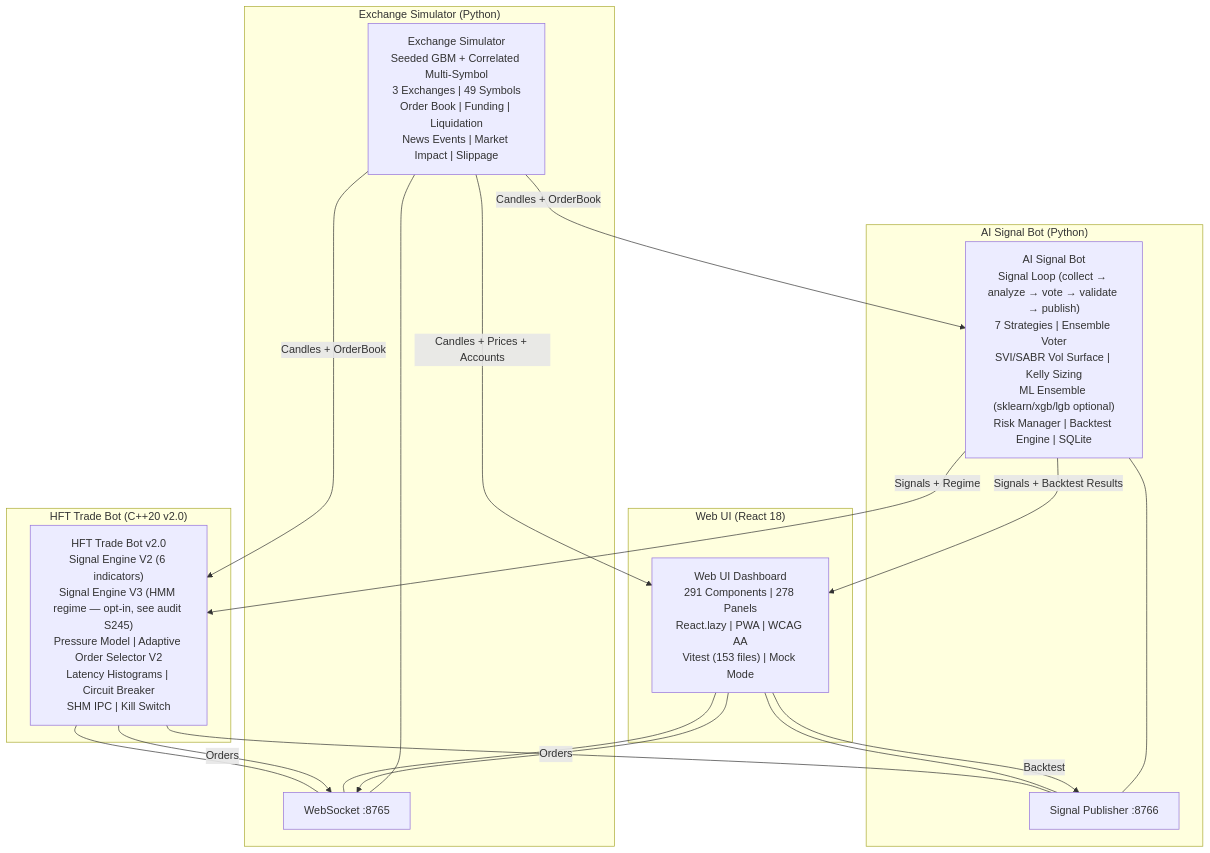
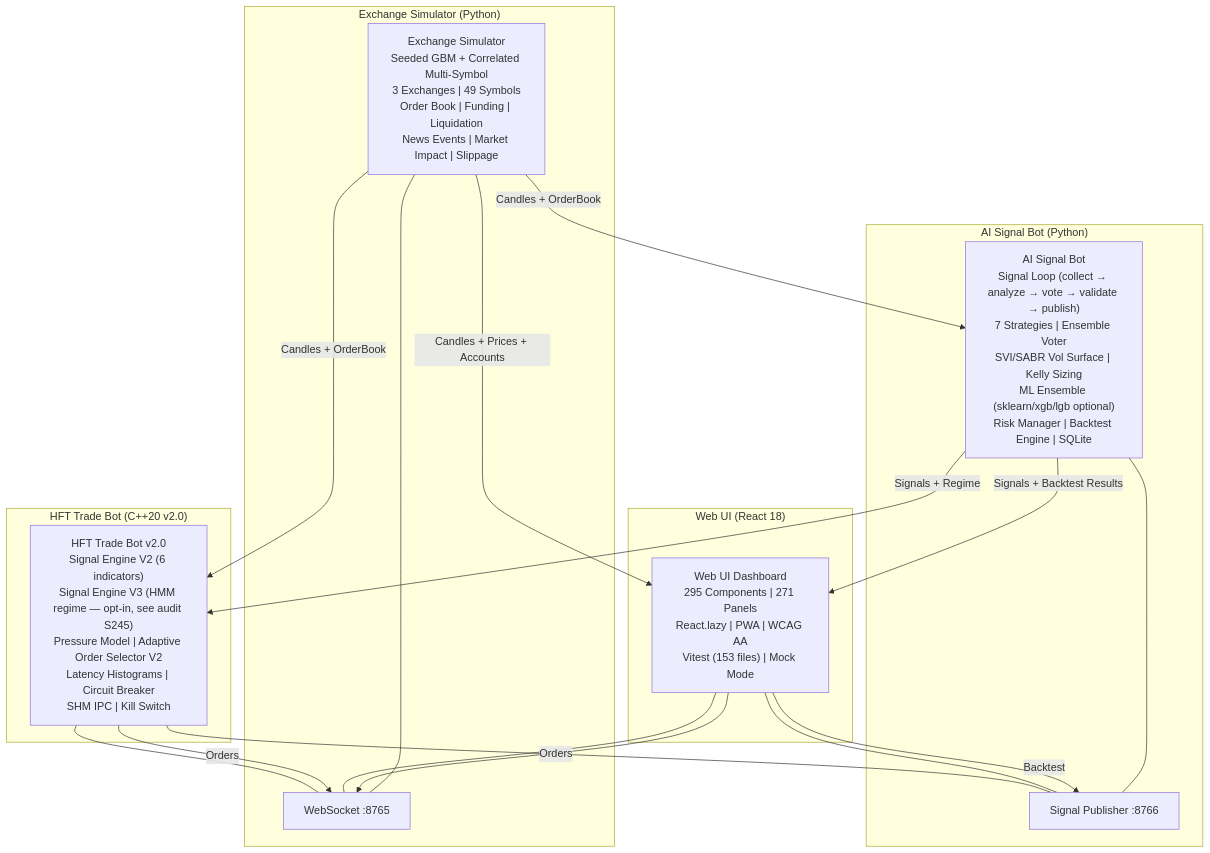
One commit to ezpectus/HFT-trading-simulator changed the first of 2 diagrams in docs/ARCHITECTURE.md. Above: the diagram before and after it, drawn with Mermaid. The commit also changed other lines of this file and 12 other files, not shown here.

````diff
--- a/docs/ARCHITECTURE.md
+++ b/docs/ARCHITECTURE.md
@@ -71,35 +71,35 @@
 ```mermaid
 graph TB
     subgraph "Exchange Simulator (Python)"
         ES["Exchange Simulator<br/>Seeded GBM + Correlated Multi-Symbol<br/>3 Exchanges | 49 Symbols<br/>Order Book | Funding | Liquidation<br/>News Events | Market Impact | Slippage"]
         WS8765[WebSocket :8765]
         WS8765 --- ES
     end
 
     subgraph "AI Signal Bot (Python)"
         AI["AI Signal Bot<br/>Signal Loop (collect → analyze → vote → validate → publish)<br/>7 Strategies | Ensemble Voter<br/>SVI/SABR Vol Surface | Kelly Sizing<br/>ML Ensemble (sklearn/xgb/lgb optional)<br/>Risk Manager | Backtest Engine | SQLite"]
         WS8766[Signal Publisher :8766]
         WS8766 --- AI
     end
 
     subgraph "HFT Trade Bot (C++20 v2.0)"
         HFT["HFT Trade Bot v2.0<br/>Signal Engine V2 (6 indicators)<br/>Signal Engine V3 (HMM regime — opt-in, see audit S245)<br/>Pressure Model | Adaptive Order Selector V2<br/>Latency Histograms | Circuit Breaker<br/>SHM IPC | Kill Switch"]
         HFT --- WS8765
         HFT --- WS8766
         HFT -->|Orders| WS8765
     end
 
     subgraph "Web UI (React 18)"
-        UI["Web UI Dashboard<br/>291 Components | 278 Panels<br/>React.lazy | PWA | WCAG AA<br/>Vitest (153 files) | Mock Mode"]
+        UI["Web UI Dashboard<br/>295 Components | 271 Panels<br/>React.lazy | PWA | WCAG AA<br/>Vitest (153 files) | Mock Mode"]
         UI --- WS8765
         UI --- WS8766
         UI -->|Orders| WS8765
         UI -->|Backtest| WS8766
     end
 
     ES -->|Candles + OrderBook| AI
     ES -->|Candles + OrderBook| HFT
     ES -->|Candles + Prices + Accounts| UI
     AI -->|Signals + Regime| HFT
     AI -->|Signals + Backtest Results| UI
 ```
````
